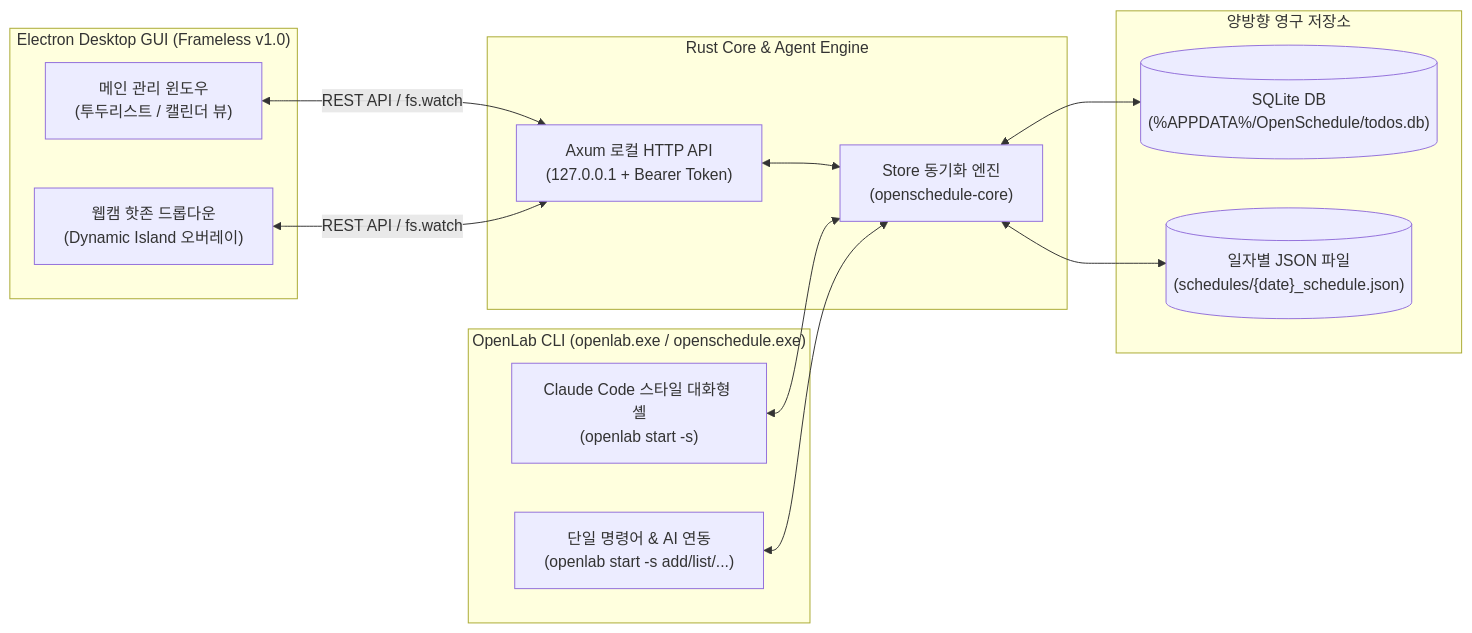
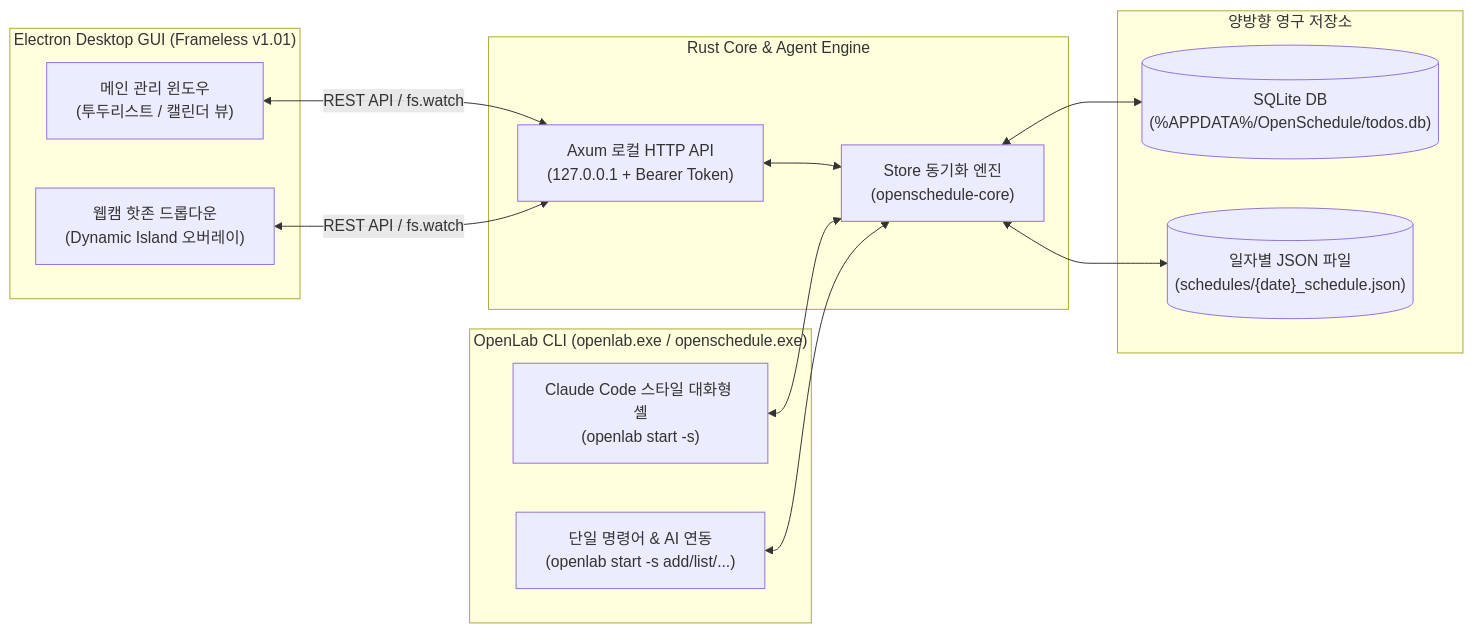
Before and after one commit to ksh6940/Open-Schdule: the diagram in README.md, drawn with Mermaid. The commit also changed other lines of this file and 17 other files, not shown here.

````diff
--- a/README.md
+++ b/README.md
@@ -50,30 +50,30 @@
 ```mermaid
 flowchart LR
-    subgraph Frontend["Electron Desktop GUI (Frameless v1.0)"]
+    subgraph Frontend["Electron Desktop GUI (Frameless v1.01)"]
         MainWin["메인 관리 윈도우\n(투두리스트 / 캘린더 뷰)"]
         OverlayWin["웹캠 핫존 드롭다운\n(Dynamic Island 오버레이)"]
     end
 
     subgraph CLI["OpenLab CLI (openlab.exe / openschedule.exe)"]
         InteractiveCLI["Claude Code 스타일 대화형 셸\n(openlab start -s)"]
         OneShotCLI["단일 명령어 & AI 연동\n(openlab start -s add/list/...)"]
     end
 
     subgraph Backend["Rust Core & Agent Engine"]
         AxumAPI["Axum 로컬 HTTP API\n(127.0.0.1 + Bearer Token)"]
         StoreEngine["Store 동기화 엔진\n(openschedule-core)"]
     end
 
     subgraph Storage["양방향 영구 저장소"]
         SQLite[("SQLite DB\n(%APPDATA%/OpenSchedule/todos.db)")]
         DateJSON[("일자별 JSON 파일\n(schedules/{date}_schedule.json)")]
     end
 
     MainWin <-->|"REST API / fs.watch"| AxumAPI
     OverlayWin <-->|"REST API / fs.watch"| AxumAPI
     AxumAPI <--> StoreEngine
     InteractiveCLI <--> StoreEngine
     OneShotCLI <--> StoreEngine
     StoreEngine <--> SQLite
     StoreEngine <--> DateJSON
 ```
````
